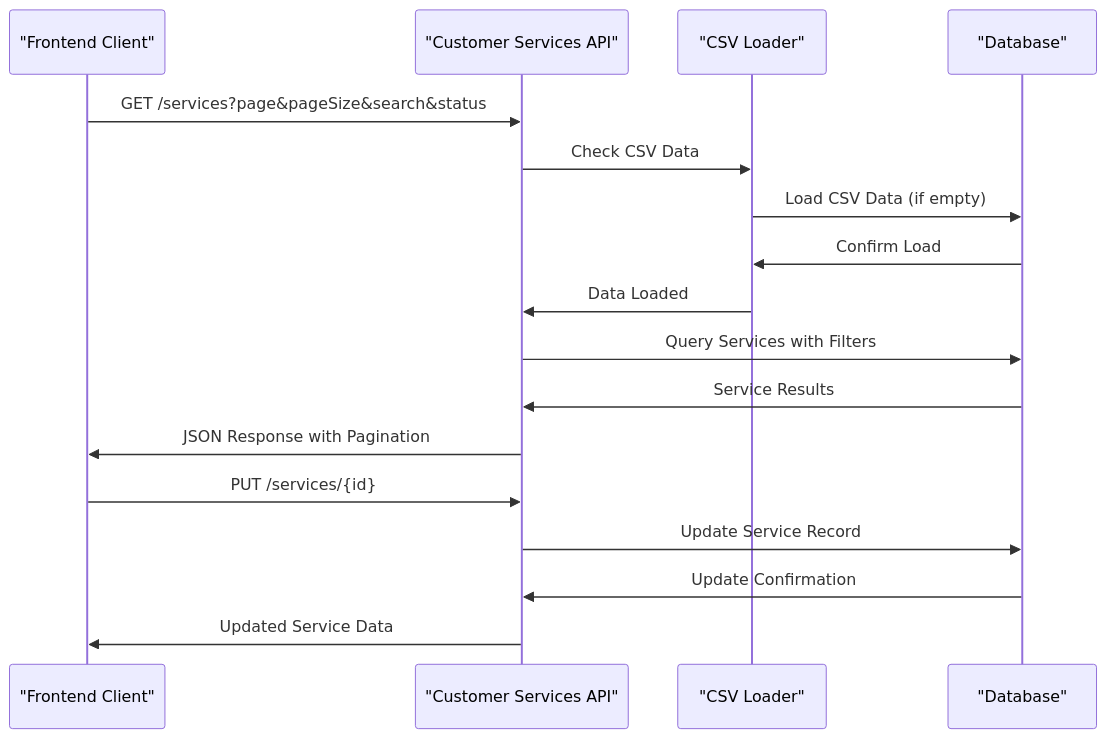
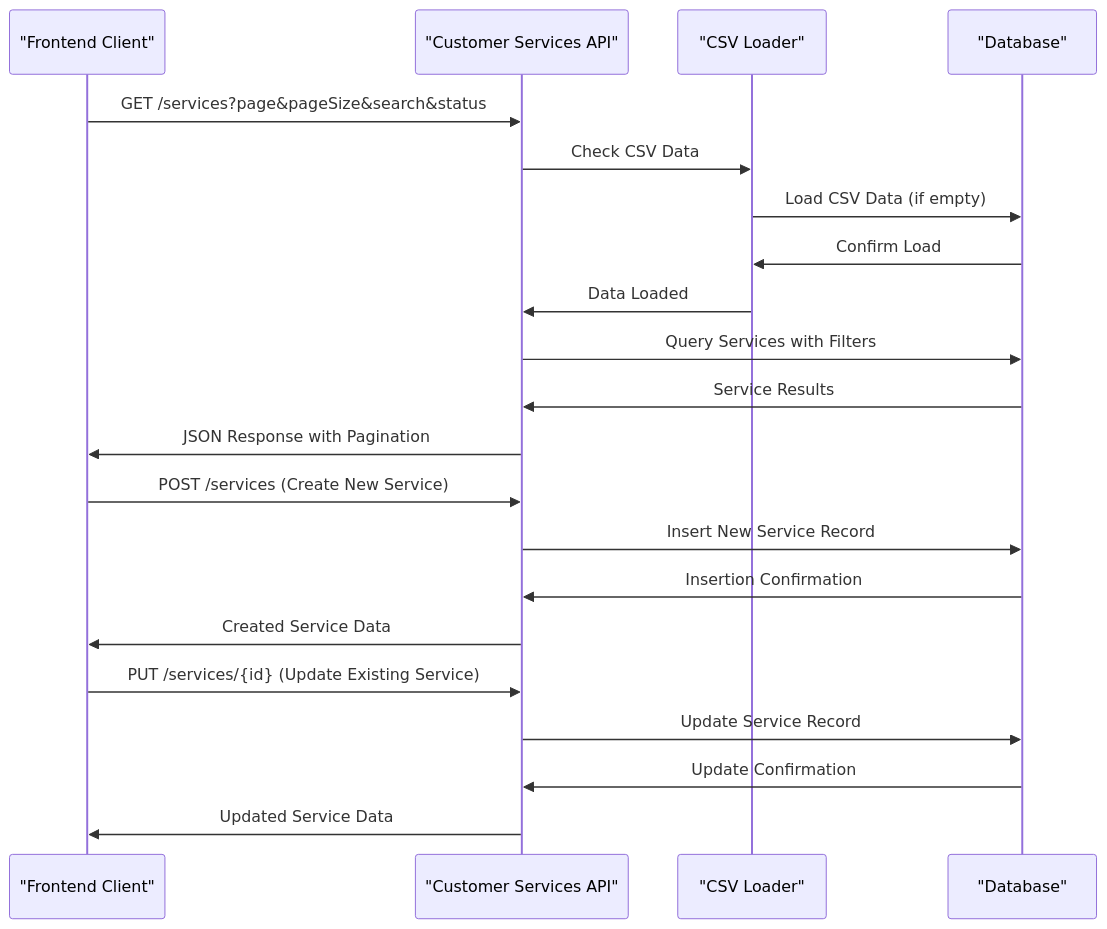
The fourth of 7 diagrams in .qoder/repowiki/en/content/Customer Services Enhancement.md (Nikita5543/New-SSO-02), drawn with Mermaid before and after one commit. The commit also changed other lines of this file and 3 other files, not shown here.

````diff
--- a/.qoder/repowiki/en/content/Customer Services Enhancement.md
+++ b/.qoder/repowiki/en/content/Customer Services Enhancement.md
@@ -266,19 +288,23 @@
 ```mermaid
 sequenceDiagram
 participant Client as "Frontend Client"
 participant API as "Customer Services API"
 participant CSV as "CSV Loader"
 participant DB as "Database"
 Client->>API : GET /services?page&pageSize&search&status
 API->>CSV : Check CSV Data
 CSV->>DB : Load CSV Data (if empty)
 DB->>CSV : Confirm Load
 CSV->>API : Data Loaded
 API->>DB : Query Services with Filters
 DB->>API : Service Results
 API->>Client : JSON Response with Pagination
-Client->>API : PUT /services/{id}
+Client->>API : POST /services (Create New Service)
+API->>DB : Insert New Service Record
+DB->>API : Insertion Confirmation
+API->>Client : Created Service Data
+Client->>API : PUT /services/{id} (Update Existing Service)
 API->>DB : Update Service Record
 DB->>API : Update Confirmation
 API->>Client : Updated Service Data
 ```
````
